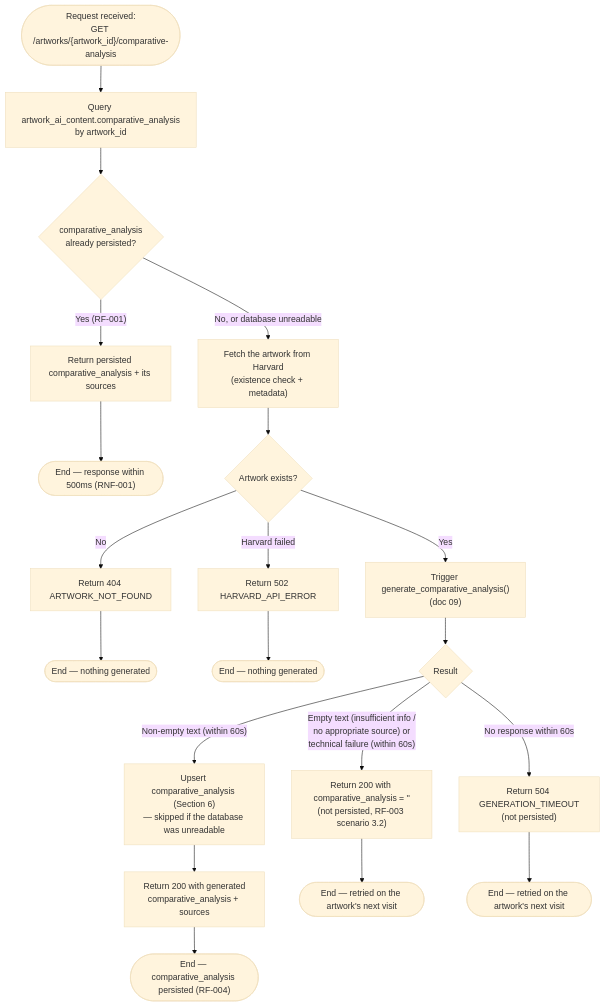
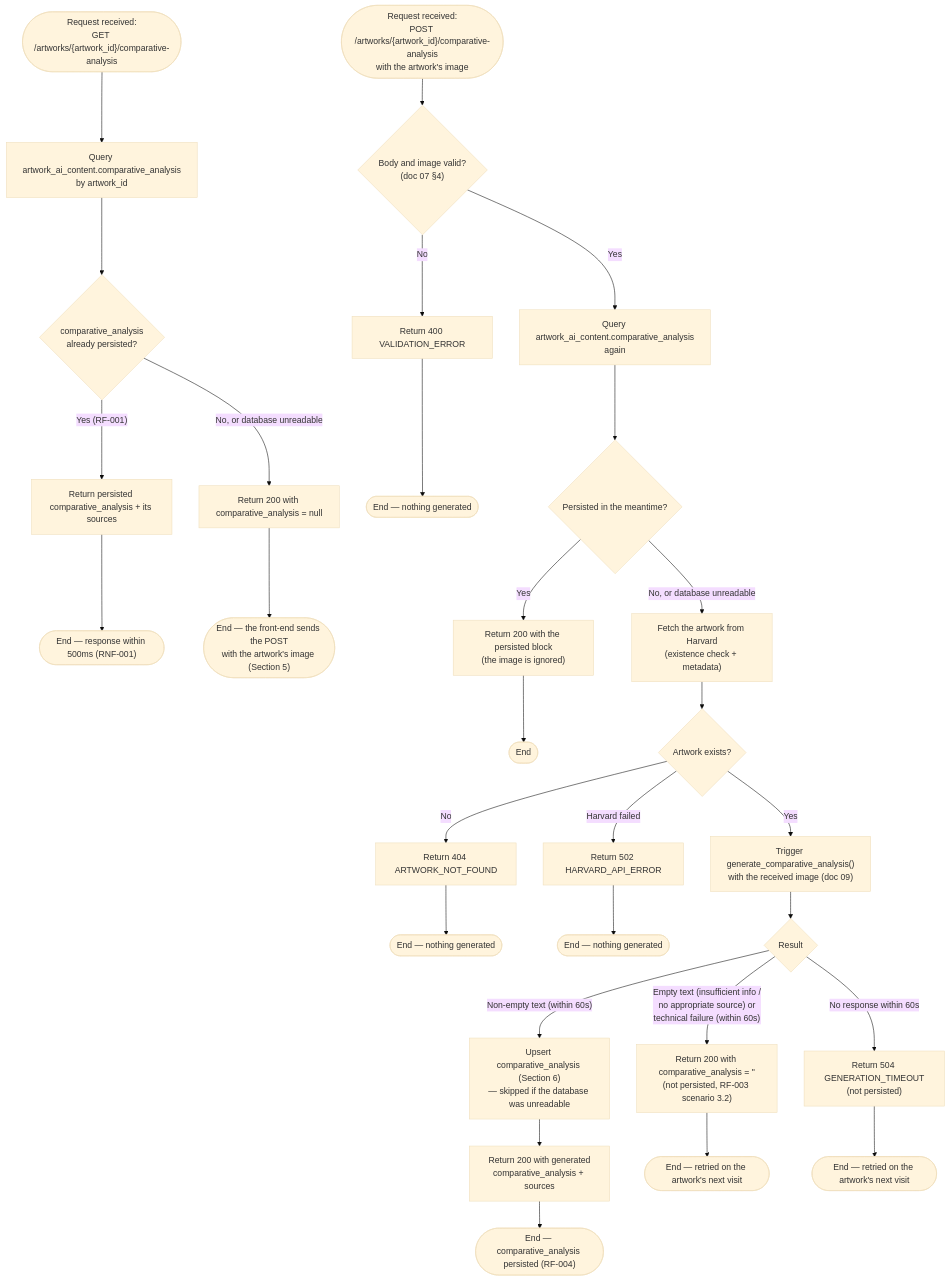
Before and after one commit to Jeferson-Filho/Art-Archive-Front-AI: the second of 4 diagrams in documentation/specs/06-persistence-flow.md, drawn with Mermaid (base theme). The commit also changed other lines of this file and 5 other files, not shown here.

First line of the commit message:
📚 docs(specs): generate the Insight Card from an image the browser sends

````diff
--- a/documentation/specs/06-persistence-flow.md
+++ b/documentation/specs/06-persistence-flow.md
@@ -91,28 +106,38 @@
 ```mermaid
 flowchart TD
     CStart(["Request received:<br/>GET /artworks/{artwork_id}/comparative-analysis"]) --> CCheckDB["Query artwork_ai_content.comparative_analysis<br/>by artwork_id"]
 
     CCheckDB --> CExists{"comparative_analysis<br/>already persisted?"}
     CExists -- "Yes (RF-001)" --> CFromDB["Return persisted comparative_analysis + its sources"]
     CFromDB --> CEndCached(["End — response within 500ms (RNF-001)"])
 
-    CExists -- "No, or database unreadable" --> CHarvard["Fetch the artwork from Harvard<br/>(existence check + metadata)"]
+    CExists -- "No, or database unreadable" --> CNull["Return 200 with comparative_analysis = null"]
+    CNull --> CEndNull(["End — the front-end sends the POST<br/>with the artwork's image (Section 5)"])
+
+    CPost(["Request received:<br/>POST /artworks/{artwork_id}/comparative-analysis<br/>with the artwork's image"]) --> CValid{"Body and image valid?<br/>(doc 07 §4)"}
+    CValid -- "No" --> CInvalid["Return 400 VALIDATION_ERROR"]
+    CInvalid --> CEndInvalid(["End — nothing generated"])
+    CValid -- "Yes" --> CRecheck["Query artwork_ai_content.comparative_analysis<br/>again"]
+    CRecheck --> CRechecked{"Persisted in the meantime?"}
+    CRechecked -- "Yes" --> CFromDBPost["Return 200 with the persisted block<br/>(the image is ignored)"]
+    CFromDBPost --> CEndCachedPost(["End"])
+    CRechecked -- "No, or database unreadable" --> CHarvard["Fetch the artwork from Harvard<br/>(existence check + metadata)"]
     CHarvard --> CArtwork{"Artwork exists?"}
     CArtwork -- "No" --> CNotFound["Return 404 ARTWORK_NOT_FOUND"]
     CNotFound --> CEndNotFound(["End — nothing generated"])
     CArtwork -- "Harvard failed" --> CHarvardError["Return 502 HARVARD_API_ERROR"]
     CHarvardError --> CEndHarvardError(["End — nothing generated"])
 
-    CArtwork -- Yes --> CTrigger["Trigger generate_comparative_analysis()<br/>(doc 09)"]
+    CArtwork -- Yes --> CTrigger["Trigger generate_comparative_analysis()<br/>with the received image (doc 09)"]
     CTrigger --> CResult{"Result"}
 
     CResult -- "Non-empty text (within 60s)" --> CPersist["Upsert comparative_analysis (Section 6)<br/>— skipped if the database was unreadable"]
     CPersist --> CReturnGenerated["Return 200 with generated<br/>comparative_analysis + sources"]
     CReturnGenerated --> CEndSuccess(["End — comparative_analysis persisted (RF-004)"])
 
     CResult -- "Empty text (insufficient info /<br/>no appropriate source) or<br/>technical failure (within 60s)" --> CEmpty["Return 200 with comparative_analysis = ''<br/>(not persisted, RF-003 scenario 3.2)"]
     CEmpty --> CEndEmpty(["End — retried on the artwork's next visit"])
 
     CResult -- "No response within 60s" --> CTimeout["Return 504 GENERATION_TIMEOUT<br/>(not persisted)"]
     CTimeout --> CEndTimeout(["End — retried on the artwork's next visit"])
 ```
````
